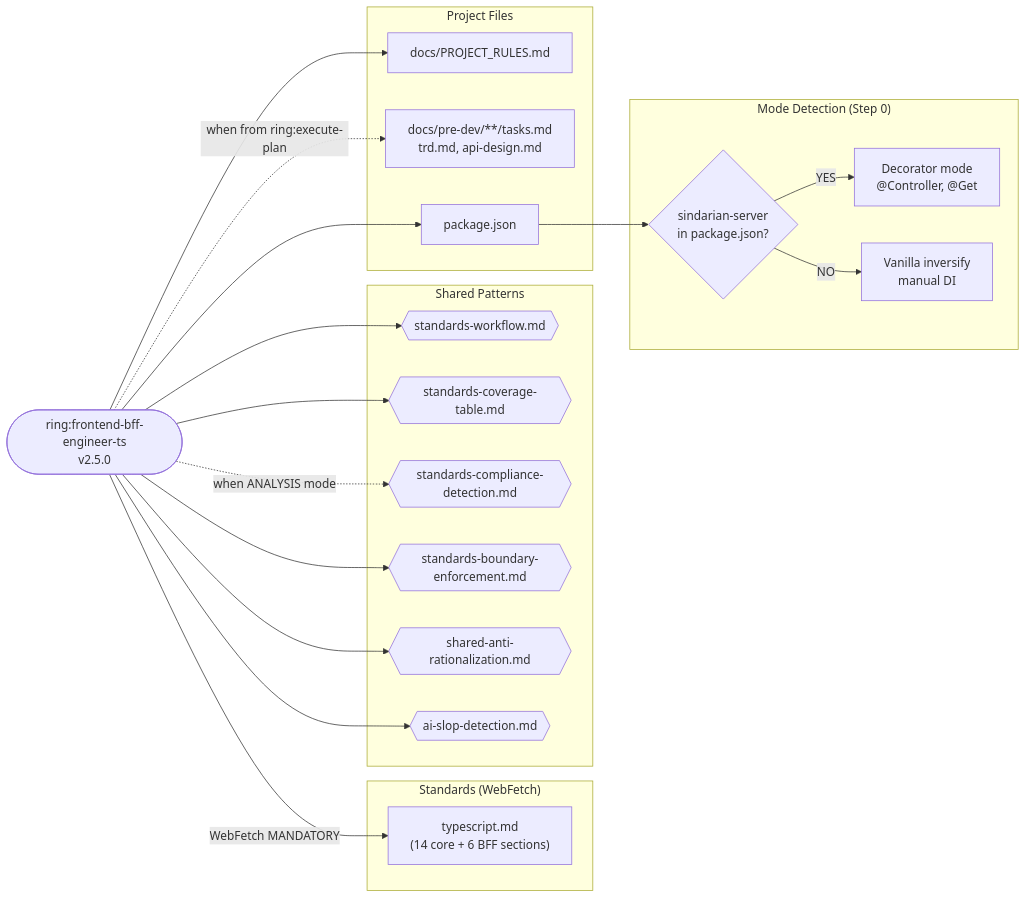
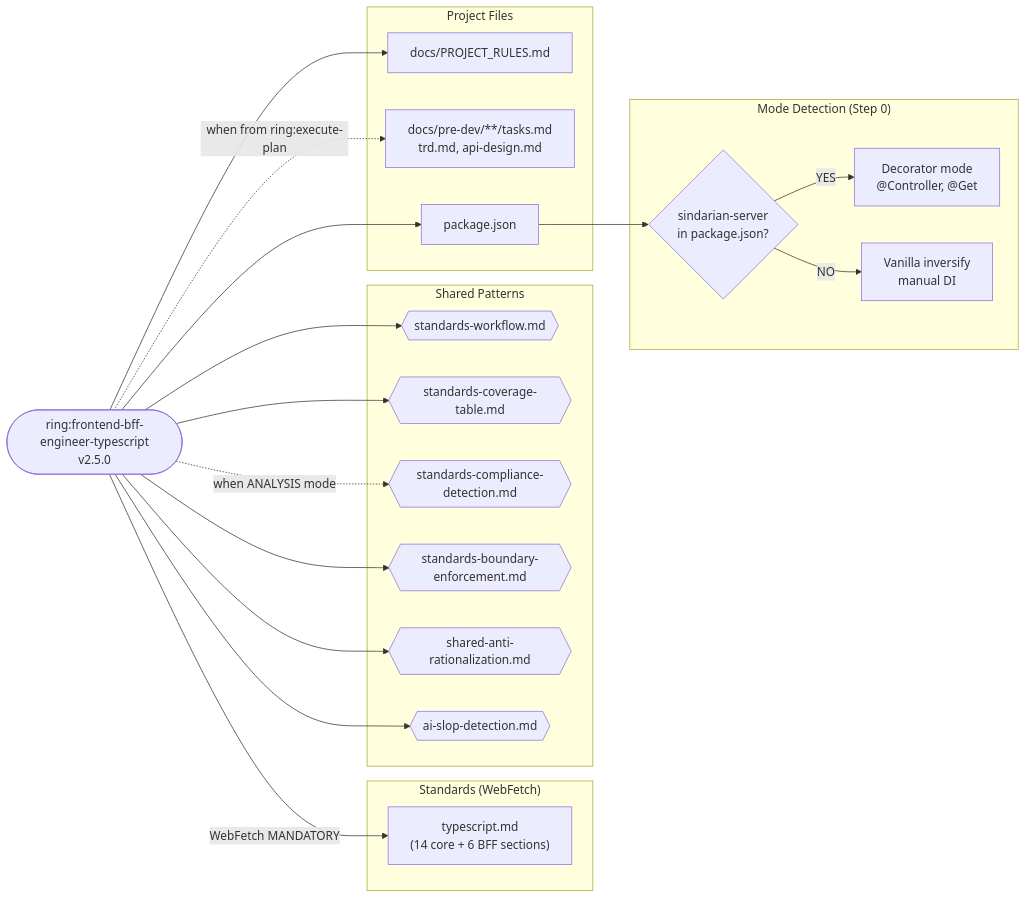
One commit to LerianStudio/ring changed the fourth of 21 diagrams in dev-team/docs/dependency-diagrams.md. Above: the diagram before and after it, drawn with Mermaid. The commit also changed other lines of this file, not shown here.

First line of the commit message:
docs(dev-team): use canonical agent names in dependency diagrams

````diff
--- a/dev-team/docs/dependency-diagrams.md
+++ b/dev-team/docs/dependency-diagrams.md
@@ -202,39 +202,39 @@
 ```mermaid
 flowchart LR
-    agent(["ring:frontend-bff-engineer-ts<br/>v2.5.0"])
+    agent(["ring:frontend-bff-engineer-typescript<br/>v2.5.0"])
 
     subgraph Standards["Standards (WebFetch)"]
         ts["typescript.md<br/>(14 core + 6 BFF sections)"]
     end
 
     subgraph SharedPatterns["Shared Patterns"]
         sw{{"standards-workflow.md"}}
         sct{{"standards-coverage-table.md"}}
         scd{{"standards-compliance-detection.md"}}
         sbe{{"standards-boundary-enforcement.md"}}
         sar{{"shared-anti-rationalization.md"}}
         asd{{"ai-slop-detection.md"}}
     end
 
     subgraph ProjectFiles["Project Files"]
         pr["docs/PROJECT_RULES.md"]
         predev["docs/pre-dev/**/tasks.md<br/>trd.md, api-design.md"]
         pkg["package.json"]
     end
 
     subgraph ModeDetection["Mode Detection (Step 0)"]
         mode{"sindarian-server<br/>in package.json?"}
         deco["Decorator mode<br/>@Controller, @Get"]
         vanilla["Vanilla inversify<br/>manual DI"]
     end
 
     agent -->|"WebFetch MANDATORY"| ts
     agent --> sw & sct & sar & asd & sbe
     agent -.->|"when ANALYSIS mode"| scd
     agent --> pr
     agent -.->|"when from ring:execute-plan"| predev
     agent --> pkg
     pkg --> mode
     mode -->|"YES"| deco
     mode -->|"NO"| vanilla
 ```
````
